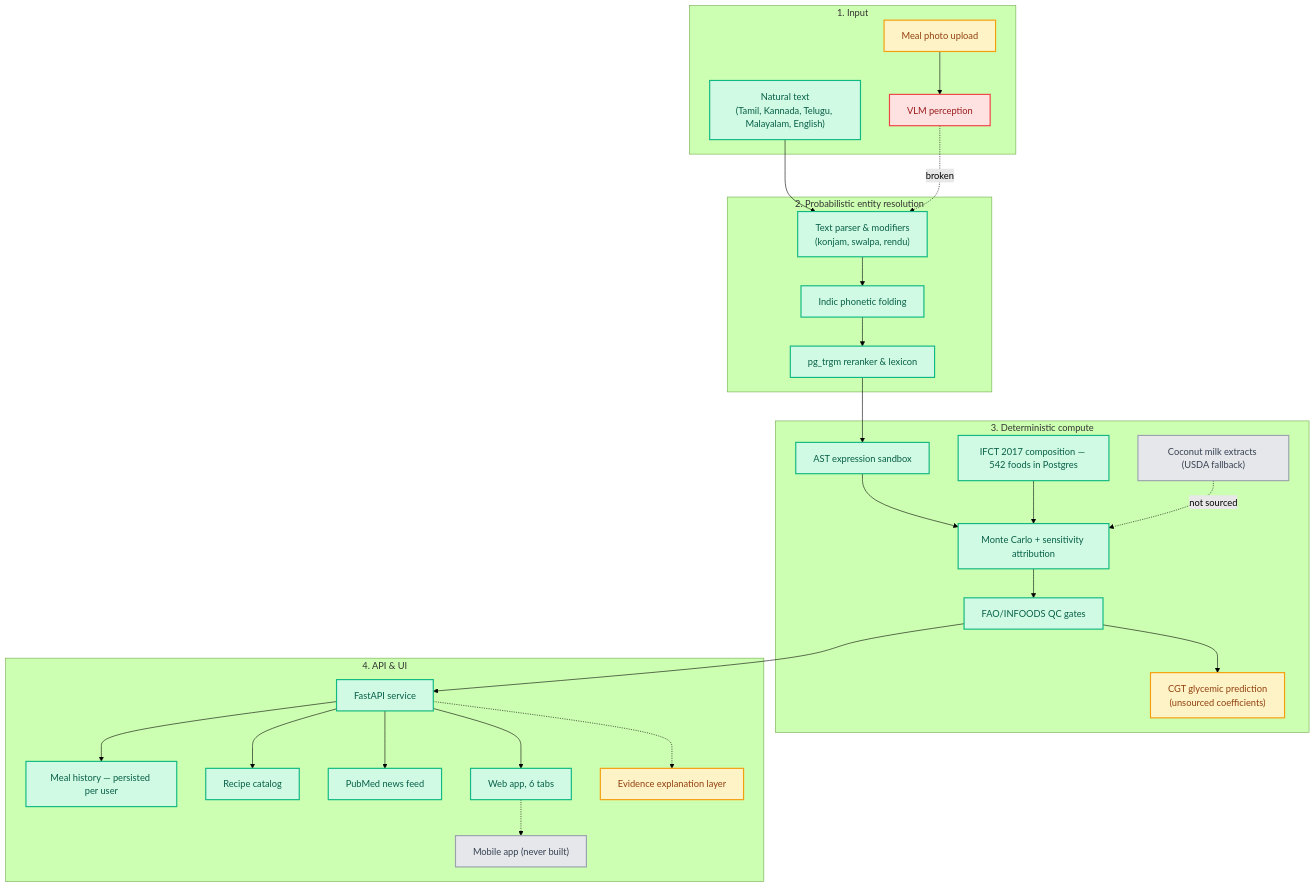
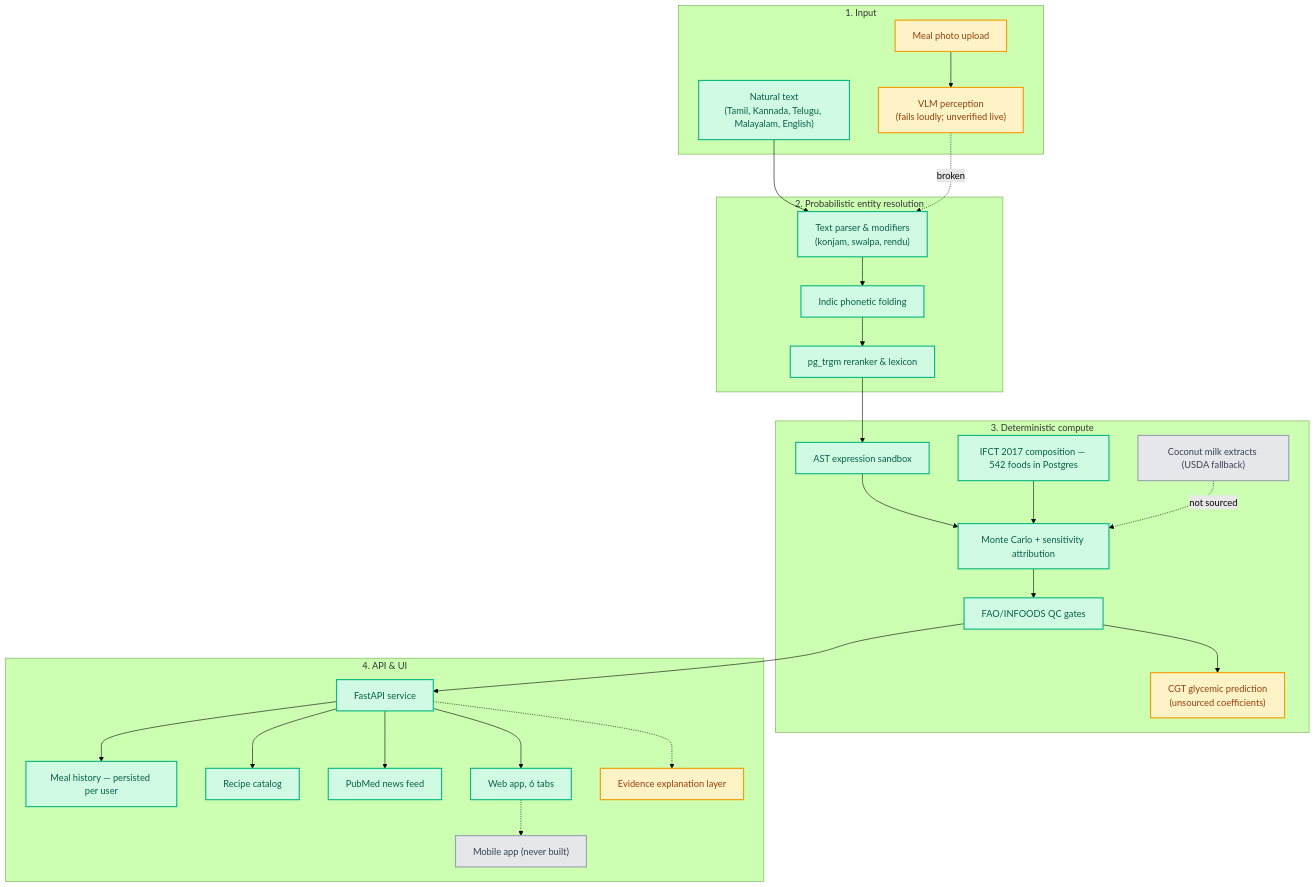
The diagram in README.md (musicofthings/pathyam), drawn with Mermaid (forest theme) before and after one commit. The commit also changed other lines of this file and 6 other files, not shown here.

````diff
--- a/README.md
+++ b/README.md
@@ -75,50 +76,50 @@
 ```mermaid
 flowchart TD
     subgraph INPUT["1. Input"]
         A1["Natural text<br/>(Tamil, Kannada, Telugu, Malayalam, English)"]:::done
         A2["Meal photo upload"]:::partial
-        A3["VLM perception"]:::broken
+        A3["VLM perception<br/>(fails loudly; unverified live)"]:::partial
     end
 
     subgraph RESOLUTION["2. Probabilistic entity resolution"]
         B1["Text parser & modifiers<br/>(konjam, swalpa, rendu)"]:::done
         B2["Indic phonetic folding"]:::done
         B3["pg_trgm reranker & lexicon"]:::done
     end
 
     subgraph ENGINE["3. Deterministic compute"]
         C1["AST expression sandbox"]:::done
         C2["Monte Carlo + sensitivity attribution"]:::done
         C3["FAO/INFOODS QC gates"]:::done
         C4["IFCT 2017 composition — 542 foods in Postgres"]:::done
         C5["Coconut milk extracts (USDA fallback)"]:::pending
         C6["CGT glycemic prediction<br/>(unsourced coefficients)"]:::partial
     end
 
     subgraph API_UI["4. API & UI"]
         D1["FastAPI service"]:::done
         D2["Meal history — persisted per user"]:::done
         D3["Recipe catalog"]:::done
         D4["PubMed news feed"]:::done
         D5["Web app, 6 tabs"]:::done
         D6["Mobile app (never built)"]:::pending
         D7["Evidence explanation layer"]:::partial
     end
 
     A1 --> B1
     A2 --> A3
     A3 -.broken.-> B1
     B1 --> B2 --> B3 --> C1 --> C2 --> C3
     C4 --> C2
     C5 -.not sourced.-> C2
     C3 --> D1
     C3 --> C6
     D1 --> D2 & D3 & D4 & D5
     D5 -.-> D6
     D1 -.-> D7
 
     classDef done fill:#D1FAE5,stroke:#10B981,stroke-width:2px,color:#065F46;
     classDef partial fill:#FEF3C7,stroke:#F59E0B,stroke-width:2px,color:#92400E;
     classDef pending fill:#E5E7EB,stroke:#9CA3AF,stroke-width:2px,color:#374151;
     classDef broken fill:#FEE2E2,stroke:#EF4444,stroke-width:2px,color:#991B1B;
 ```
````
